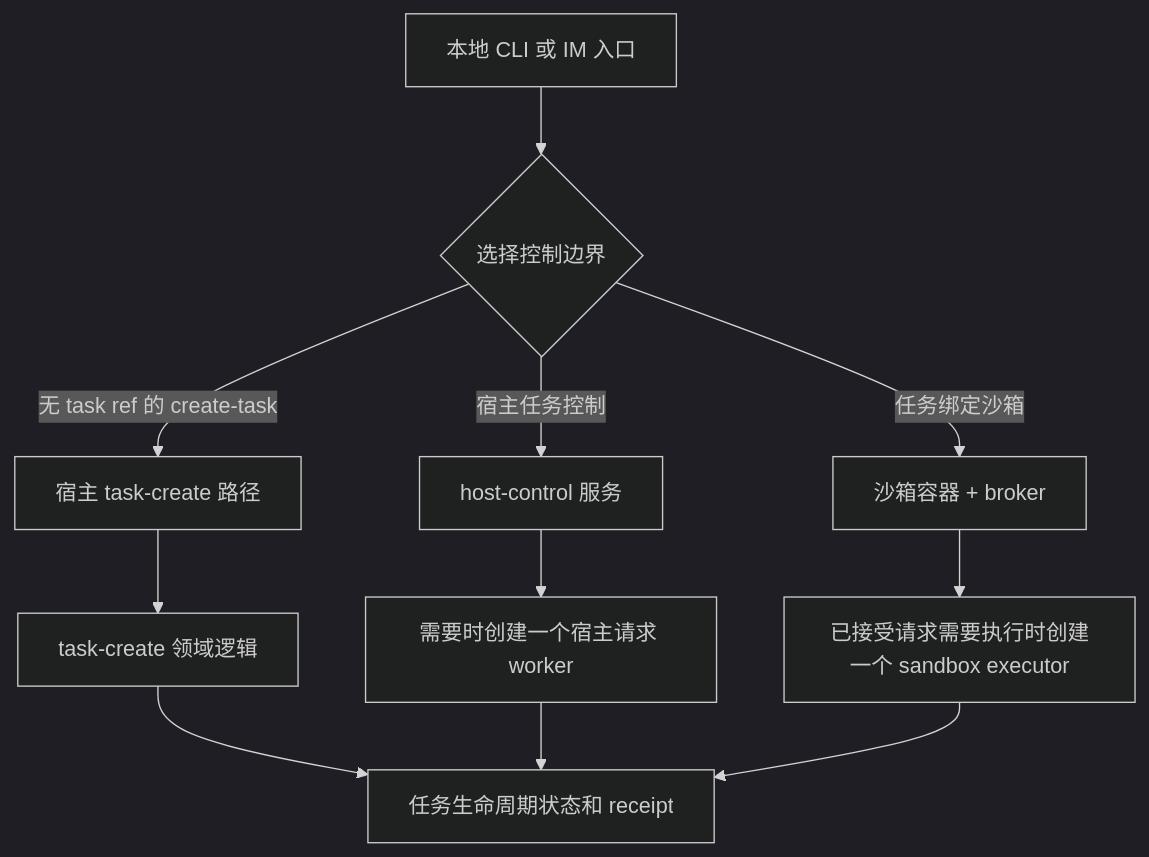
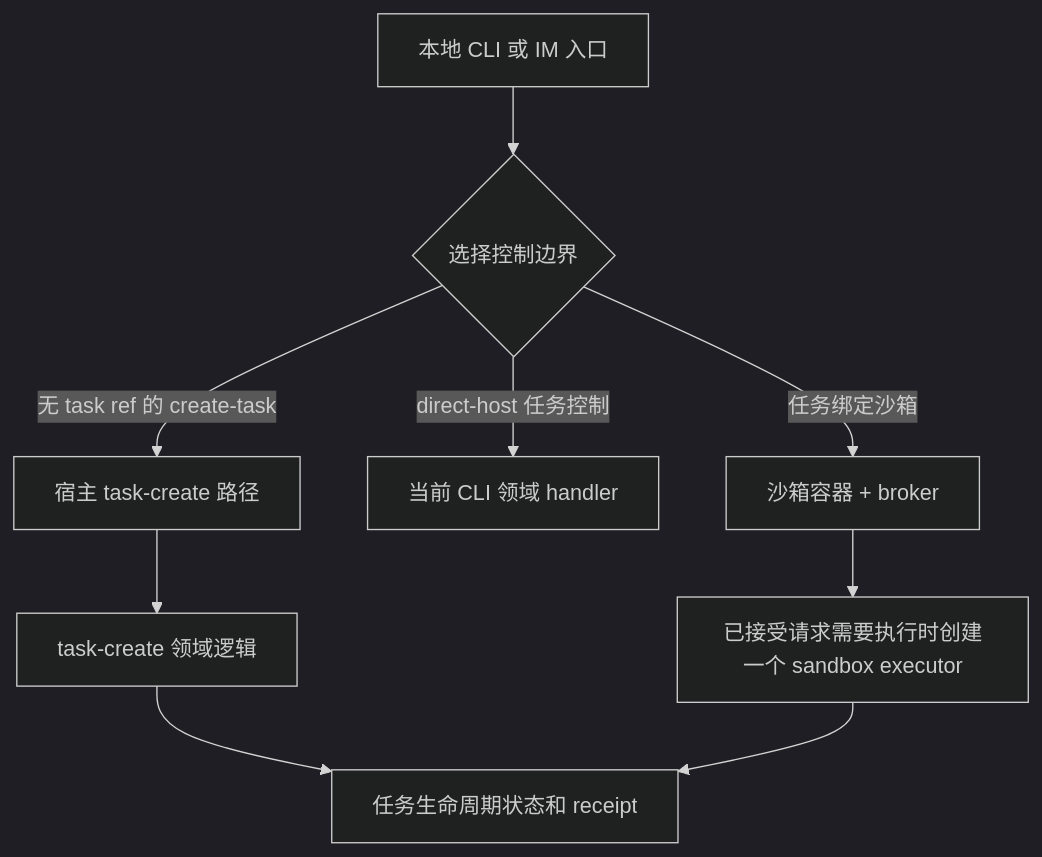
The fourth of 4 diagrams in docs/zh-CN/architecture.md (fitlab-ai/agent-infra), drawn with Mermaid (dark theme) before and after one commit. The commit also changed other lines of this file and 45 other files, not shown here.

First line of the commit message:
refactor(cli): 移除全局 host-control 常驻服务  (#1021)

````diff
--- a/docs/zh-CN/architecture.md
+++ b/docs/zh-CN/architecture.md
@@ -173,13 +161,11 @@
 ```mermaid
 flowchart TD
   ENTRY["本地 CLI 或 IM 入口"] --> ROUTE{"选择控制边界"}
   ROUTE -->|无 task ref 的 create-task| CREATE["宿主 task-create 路径"]
-  ROUTE -->|宿主任务控制| HC["host-control 服务"]
+  ROUTE -->|direct-host 任务控制| DIRECT["当前 CLI 领域 handler"]
   ROUTE -->|任务绑定沙箱| SB["沙箱容器 + broker"]
   CREATE --> DOMAIN["task-create 领域逻辑"]
-  HC --> HW["需要时创建一个宿主请求 worker"]
   SB --> EX["已接受请求需要执行时创建一个 sandbox executor"]
   DOMAIN --> STATE["任务生命周期状态和 receipt"]
-  HW --> STATE
   EX --> STATE
 ```
````
